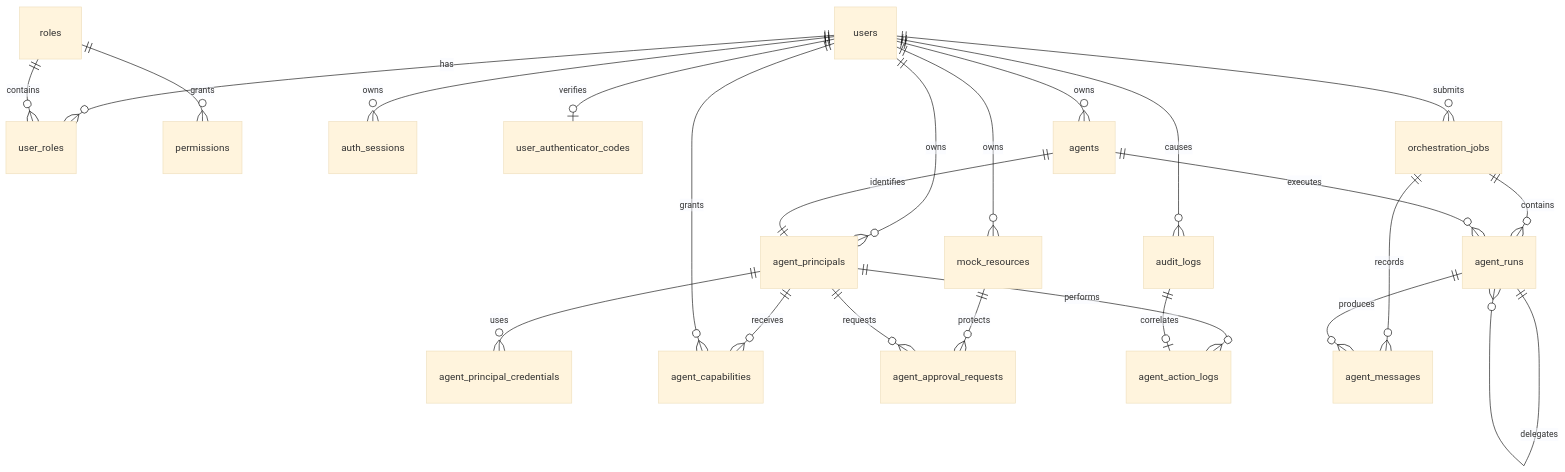
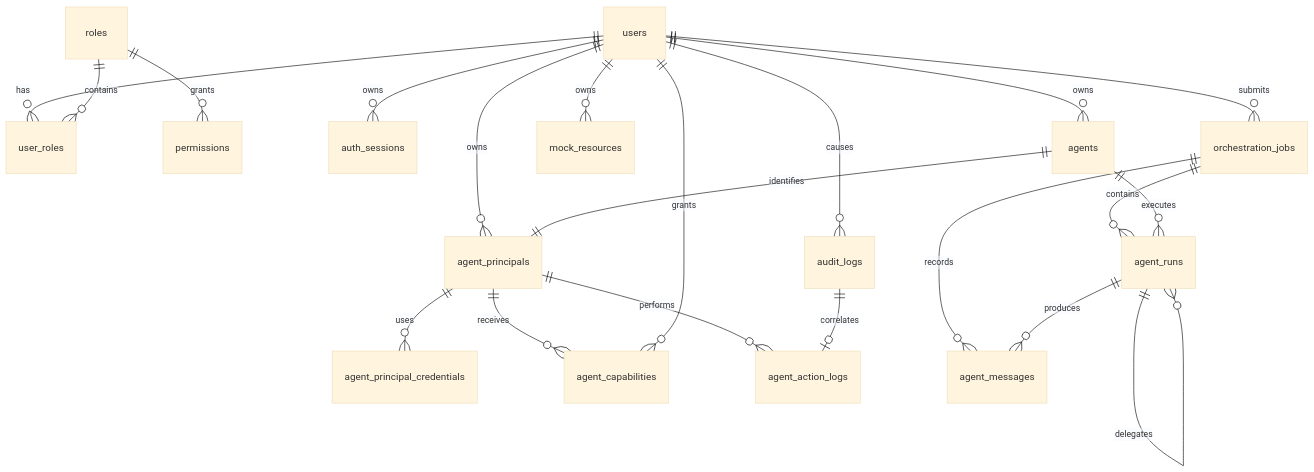
The diagram in MIDDLEWARE_DATABASE_SCHEMA.md (Zerius7733/tictac-techjam), drawn with Mermaid (base theme) before and after one commit. The commit also changed other lines of this file and 21 other files, not shown here.

First line of the commit message:
Remove approval auth flow and simplify policy

````diff
--- a/MIDDLEWARE_DATABASE_SCHEMA.md
+++ b/MIDDLEWARE_DATABASE_SCHEMA.md
@@ -88,26 +86,23 @@
 ```mermaid
 erDiagram
     users ||--o{ user_roles : has
     roles ||--o{ user_roles : contains
     roles ||--o{ permissions : grants
     users ||--o{ auth_sessions : owns
     users ||--o{ audit_logs : causes
-    users ||--o| user_authenticator_codes : verifies
     users ||--o{ agents : owns
     users ||--o{ agent_principals : owns
     agents ||--|| agent_principals : identifies
     agent_principals ||--o{ agent_principal_credentials : uses
     agent_principals ||--o{ agent_capabilities : receives
     users ||--o{ agent_capabilities : grants
     users ||--o{ mock_resources : owns
-    mock_resources ||--o{ agent_approval_requests : protects
-    agent_principals ||--o{ agent_approval_requests : requests
     agent_principals ||--o{ agent_action_logs : performs
     audit_logs ||--o| agent_action_logs : correlates
     users ||--o{ orchestration_jobs : submits
     orchestration_jobs ||--o{ agent_runs : contains
     agents ||--o{ agent_runs : executes
     agent_runs ||--o{ agent_runs : delegates
     orchestration_jobs ||--o{ agent_messages : records
     agent_runs ||--o{ agent_messages : produces
 ```
````
